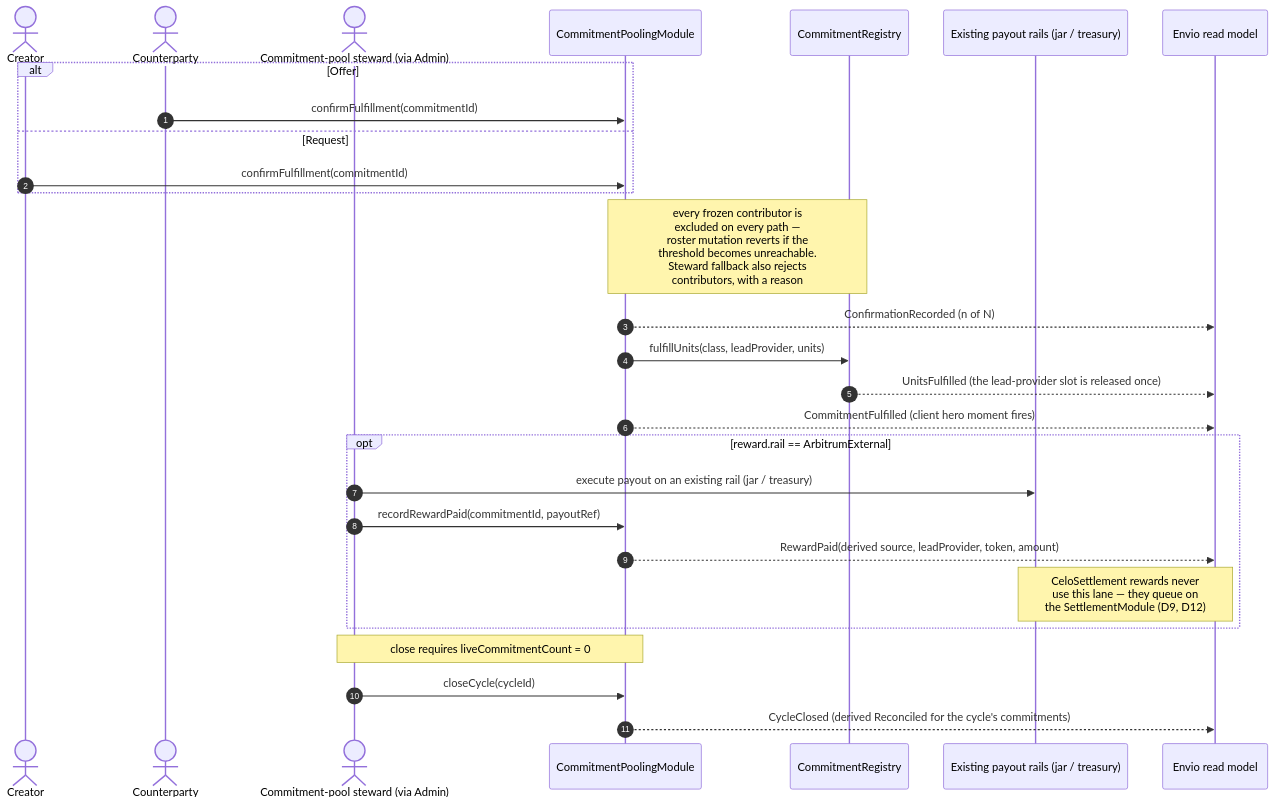
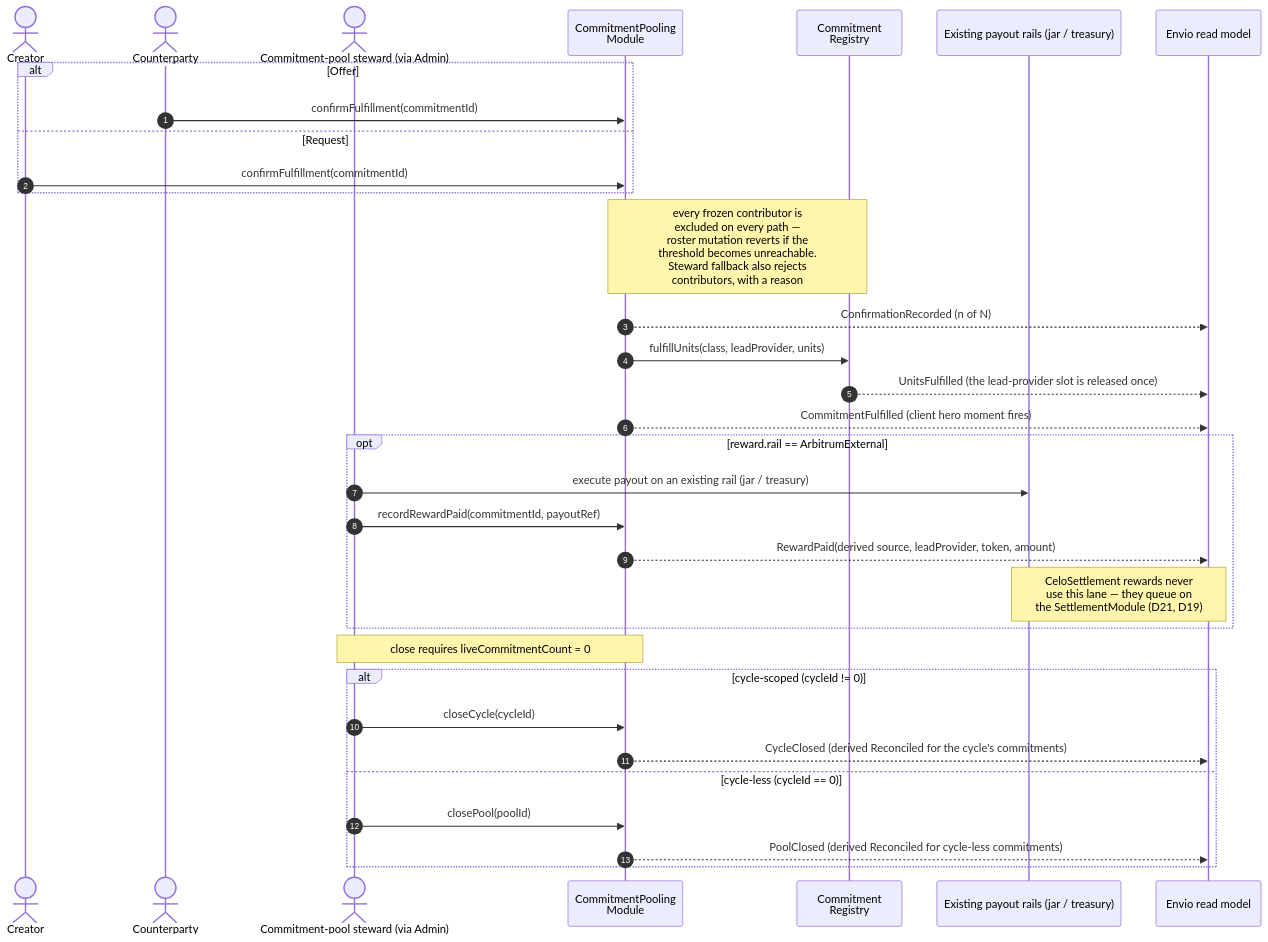
Before and after one commit to greenpill-dev-guild/green-goods: the eighth of 38 diagrams in .plans/active/commitment-pooling/diagrams.md, drawn with Mermaid. The commit also changed other lines of this file and 8 other files, not shown here.

````diff
--- a/.plans/active/commitment-pooling/diagrams.md
+++ b/.plans/active/commitment-pooling/diagrams.md
@@ -385,31 +536,36 @@
 ```mermaid
 sequenceDiagram
   autonumber
   actor A as Creator
   actor B as Counterparty
   actor OP as Commitment-pool steward (via Admin)
-  participant M as CommitmentPoolingModule
-  participant R as CommitmentRegistry
+  participant M as CommitmentPooling<br/>Module
+  participant R as Commitment<br/>Registry
   participant RAILS as Existing payout rails (jar / treasury)
   participant IDX as Envio read model
 
   alt Offer
     B->>M: confirmFulfillment(commitmentId)
   else Request
     A->>M: confirmFulfillment(commitmentId)
   end
   Note over M,R: every frozen contributor is<br/>excluded on every path —<br/>roster mutation reverts if the<br/>threshold becomes unreachable.<br/>Steward fallback also rejects<br/>contributors, with a reason
   M-->>IDX: ConfirmationRecorded (n of N)
   M->>R: fulfillUnits(class, leadProvider, units)
   R-->>IDX: UnitsFulfilled (the lead-provider slot is released once)
   M-->>IDX: CommitmentFulfilled (client hero moment fires)
   opt reward.rail == ArbitrumExternal
     OP->>RAILS: execute payout on an existing rail (jar / treasury)
     OP->>M: recordRewardPaid(commitmentId, payoutRef)
     M-->>IDX: RewardPaid(derived source, leadProvider, token, amount)
-    Note over RAILS,IDX: CeloSettlement rewards never<br/>use this lane — they queue on<br/>the SettlementModule (D9, D12)
+    Note over RAILS,IDX: CeloSettlement rewards never<br/>use this lane — they queue on<br/>the SettlementModule (D21, D19)
   end
   Note over OP,M: close requires liveCommitmentCount = 0
-  OP->>M: closeCycle(cycleId)
-  M-->>IDX: CycleClosed (derived Reconciled for the cycle's commitments)
+  alt cycle-scoped (cycleId != 0)
+    OP->>M: closeCycle(cycleId)
+    M-->>IDX: CycleClosed (derived Reconciled for the cycle's commitments)
+  else cycle-less (cycleId == 0)
+    OP->>M: closePool(poolId)
+    M-->>IDX: PoolClosed (derived Reconciled for cycle-less commitments)
+  end
 ```
````
